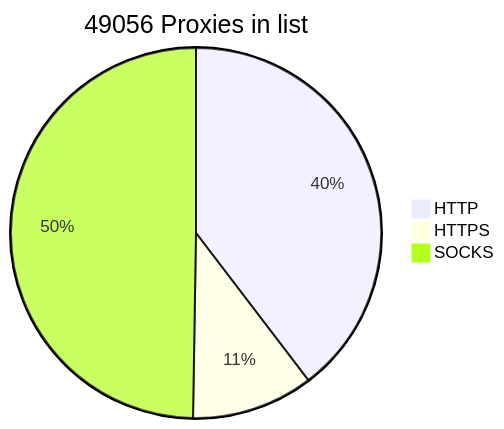
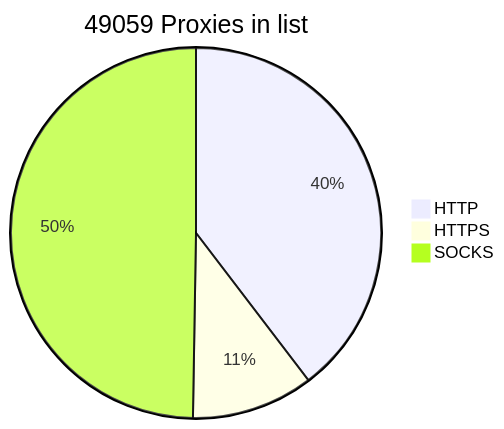
The diagram in README.md (BlackSnowDot/proxylist-update-every-minute), drawn with Mermaid before and after one commit.

````diff
--- a/README.md
+++ b/README.md
@@ -2,6 +2,6 @@
 ```mermaid
-pie title 49056 Proxies in list
-    "HTTP" : 21460
-    "HTTPS": 5758
-    "SOCKS" : 26942
+pie title 49059 Proxies in list
+    "HTTP" : 21464
+    "HTTPS": 5766
+    "SOCKS" : 26944
 ```
````
